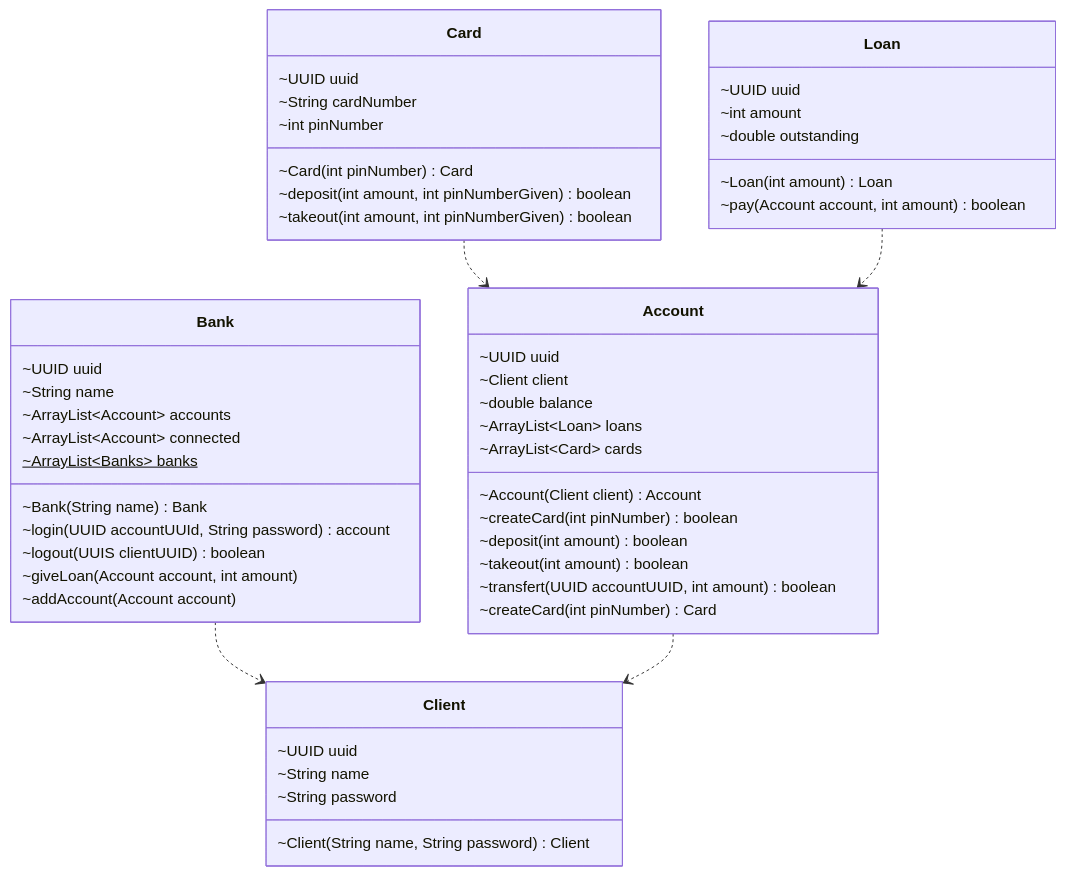
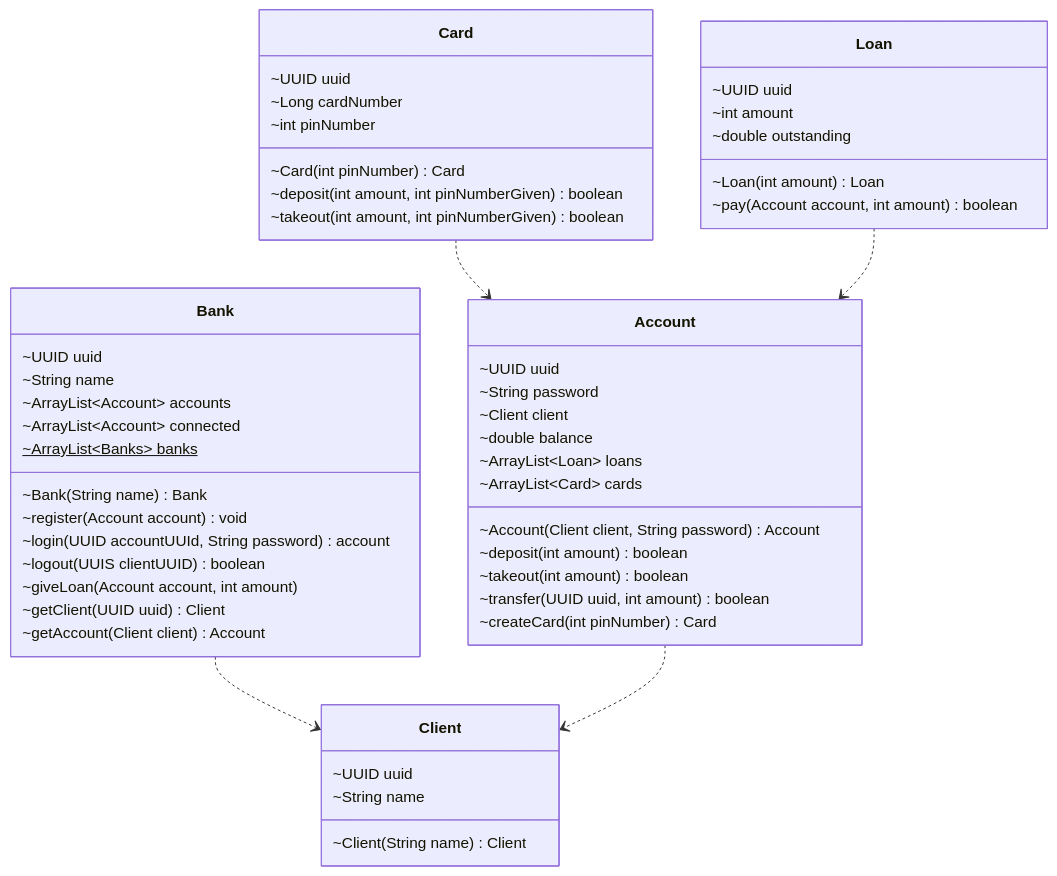
Before and after one commit to L-Clem/GitHooks: the diagram in README.md, drawn with Mermaid. The commit also changed 1 other file, not shown here.

Commit message:
updated README, removed comments

````diff
--- a/README.md
+++ b/README.md
@@ -53,63 +53,64 @@
 ```mermaid
 classDiagram
     Bank ..> Client
     Account ..> Client
     Card ..> Account
     Loan ..> Account
 
     class Client{
         ~UUID uuid
         ~String name
-        ~String password
 
-        ~Client(String name, String password) Client
+        ~Client(String name) Client
     }
 
     class Bank{
         ~UUID uuid
         ~String name
         ~ArrayList~Account~ accounts
         ~ArrayList~Account~ connected
         ~ArrayList~Banks~ banks$
 
         ~Bank(String name) Bank
+        ~register(Account account) void
         ~login(UUID accountUUId, String password) account
         ~logout(UUIS clientUUID) boolean
         ~giveLoan(Account account, int amount)
-        ~addAccount(Account account)
+        ~getClient(UUID uuid) Client
+        ~getAccount(Client client) Account
     }
 
     class Account{
         ~UUID uuid
+        ~String password
         ~Client client
         ~double balance
         ~ArrayList~Loan~ loans
         ~ArrayList~Card~ cards
 
-        ~Account(Client client) Account
-        ~createCard(int pinNumber) boolean
+        ~Account(Client client, String password) Account
         ~deposit(int amount) boolean
         ~takeout(int amount) boolean
-        ~transfert(UUID accountUUID, int amount) boolean
+        ~transfer(UUID uuid, int amount) boolean
         ~createCard(int pinNumber) Card
     }
 
     class Card{
         ~UUID uuid
-        ~String cardNumber
+        ~Long cardNumber
         ~int pinNumber
 
         ~Card(int pinNumber) Card
         ~deposit(int amount, int pinNumberGiven) boolean
         ~takeout(int amount, int pinNumberGiven) boolean
     }
 
     class Loan{
         ~UUID uuid
         ~int amount
         ~double outstanding
 
         ~Loan(int amount) Loan
         ~pay(Account account, int amount) boolean
     }
 ```
````
